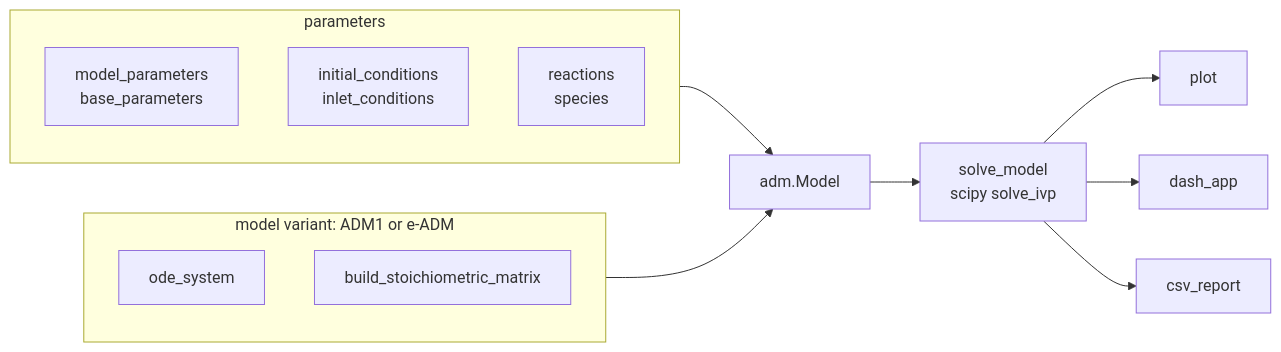
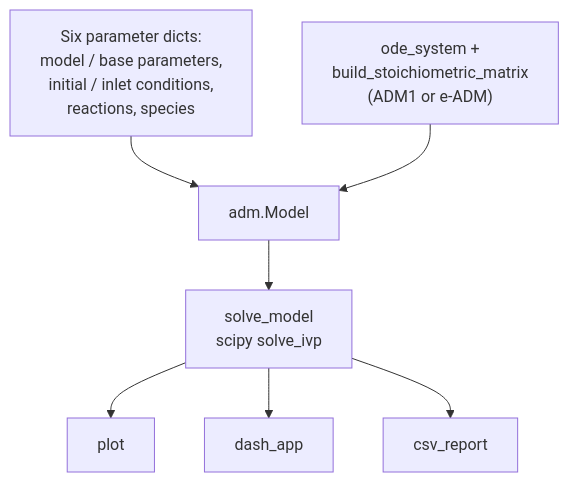
One commit to chan-csu/ADToolbox changed the diagram in docs/api-adm.md. Above: the diagram before and after it, drawn with Mermaid. The commit also changed 14 other files, not shown here.

````diff
--- a/docs/api-adm.md
+++ b/docs/api-adm.md
@@ -9,22 +9,9 @@
 ```mermaid
-flowchart LR
-    subgraph inputs["parameters"]
-        direction TB
-        P["model_parameters<br>base_parameters"]
-        S["initial_conditions<br>inlet_conditions"]
-        N["reactions<br>species"]
-    end
-
-    subgraph variant["model variant: ADM1 or e-ADM"]
-        direction TB
-        O["ode_system"]
-        M["build_stoichiometric_matrix"]
-    end
-
-    inputs --> MODEL["adm.Model"]
-    variant --> MODEL
+flowchart TB
+    P["Six parameter dicts:<br>model / base parameters,<br>initial / inlet conditions,<br>reactions, species"] --> MODEL["adm.Model"]
+    V["ode_system +<br>build_stoichiometric_matrix<br>(ADM1 or e-ADM)"] --> MODEL
     MODEL --> SOLVE["solve_model<br>scipy solve_ivp"]
     SOLVE --> PLOT["plot"]
     SOLVE --> DASH["dash_app"]
     SOLVE --> CSV["csv_report"]
 ```
````
